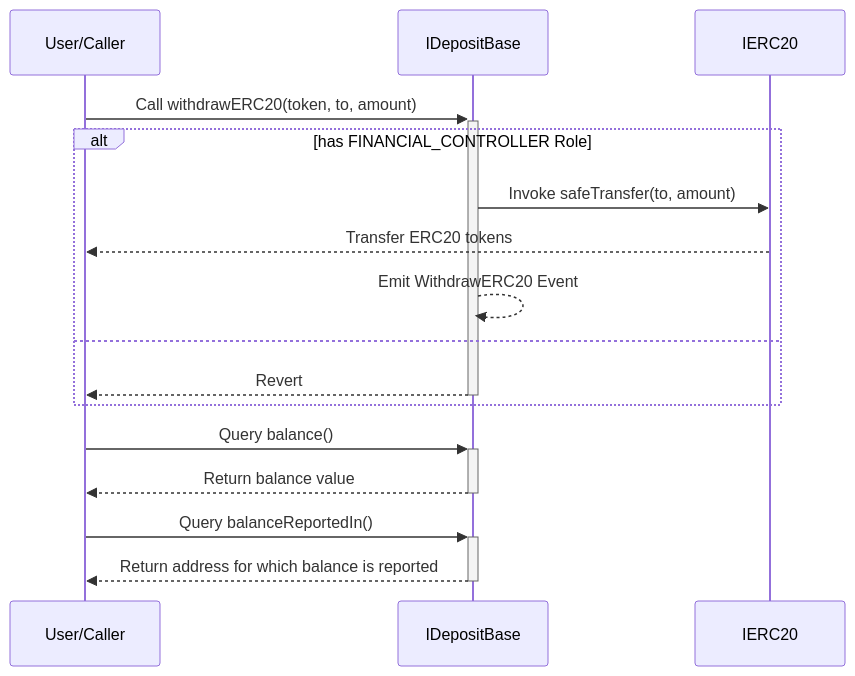
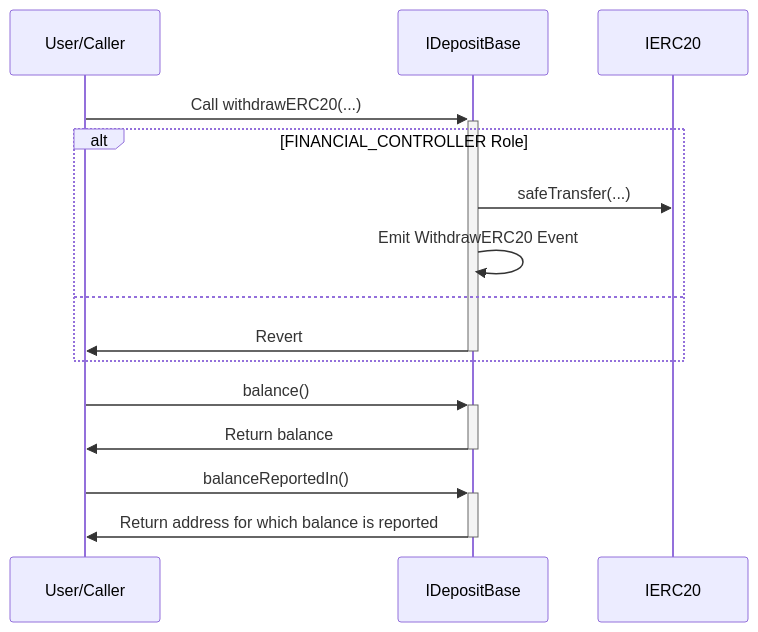
Before and after one commit to ZTX-Foundation/tuxedo: the second of 2 diagrams in doc/contracts/finance/DepositBase.md, drawn with Mermaid. The commit also changed 17 other files, not shown here.

````diff
--- a/doc/contracts/finance/DepositBase.md
+++ b/doc/contracts/finance/DepositBase.md
@@ -21,21 +21,20 @@
 ```mermaid
 sequenceDiagram
     participant User as User/Caller
     participant IDepositBase
     participant IERC20
 
-    User->>+IDepositBase: Call withdrawERC20(token, to, amount)
-    alt has FINANCIAL_CONTROLLER Role
-        IDepositBase->>IERC20: Invoke safeTransfer(to, amount)
-        IERC20-->>User: Transfer ERC20 tokens
-        IDepositBase-->>IDepositBase: Emit WithdrawERC20 Event
+    User->>+IDepositBase: Call withdrawERC20(...)
+    alt FINANCIAL_CONTROLLER Role
+        IDepositBase->>IERC20: safeTransfer(...)
+        IDepositBase->>IDepositBase: Emit WithdrawERC20 Event
     else
-        IDepositBase-->>-User: Revert
+        IDepositBase->>-User: Revert
     end
 
-    User->>+IDepositBase: Query balance()
-    IDepositBase-->>-User: Return balance value
+    User->>+IDepositBase: balance()
+    IDepositBase->>-User: Return balance
 
-    User->>+IDepositBase: Query balanceReportedIn()
-    IDepositBase-->>-User: Return address for which balance is reported
+    User->>+IDepositBase: balanceReportedIn()
+    IDepositBase->>-User: Return address for which balance is reported
 ```
````
